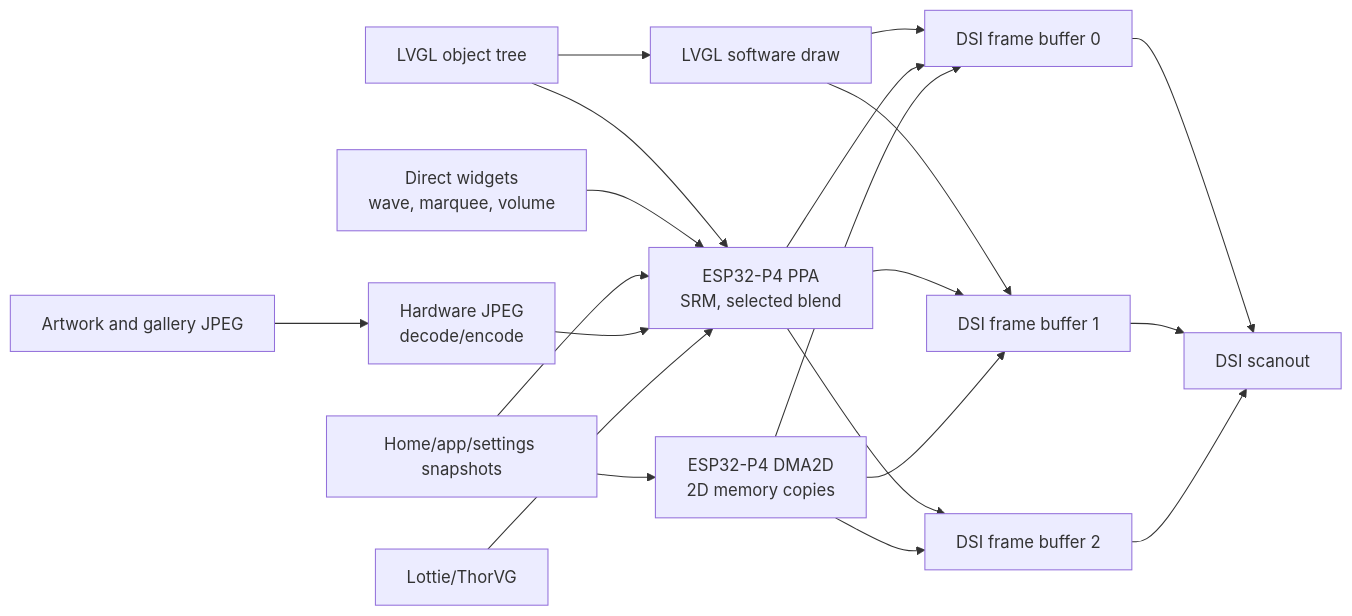
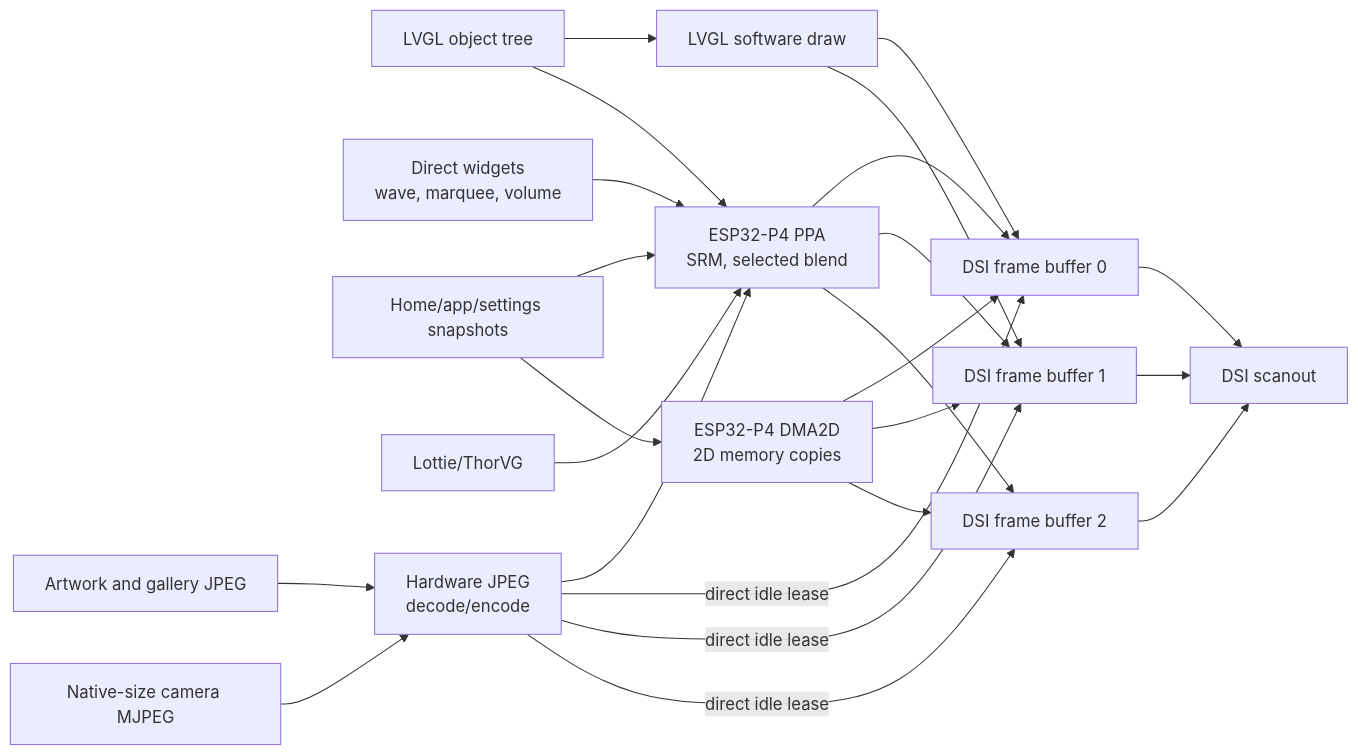
Before and after one commit to kyvaith/Atmosfera-Echo-Hub: the first of 3 diagrams in docs/architecture/graphics.md, drawn with Mermaid. The commit also changed other lines of this file and 12 other files, not shown here.

````diff
--- a/docs/architecture/graphics.md
+++ b/docs/architecture/graphics.md
@@ -31,40 +31,45 @@
 ```mermaid
 flowchart LR
     OBJECTS["LVGL object tree"]
     DIRECT_WIDGET["Direct widgets<br/>wave, marquee, volume"]
     SNAPSHOT["Home/app/settings snapshots"]
     IMAGE["Artwork and gallery JPEG"]
+    CAMERA["Native-size camera MJPEG"]
     LOTTIE["Lottie/ThorVG"]
 
     SW["LVGL software draw"]
     PPA["ESP32-P4 PPA<br/>SRM, selected blend"]
     DMA2D["ESP32-P4 DMA2D<br/>2D memory copies"]
     JPEG["Hardware JPEG<br/>decode/encode"]
 
     FB0["DSI frame buffer 0"]
     FB1["DSI frame buffer 1"]
     FB2["DSI frame buffer 2"]
     SCAN["DSI scanout"]
 
     OBJECTS --> SW
     OBJECTS --> PPA
     DIRECT_WIDGET --> PPA
     SNAPSHOT --> PPA
     SNAPSHOT --> DMA2D
     IMAGE --> JPEG
     JPEG --> PPA
+    CAMERA --> JPEG
+    JPEG -->|"direct idle lease"| FB0
+    JPEG -->|"direct idle lease"| FB1
+    JPEG -->|"direct idle lease"| FB2
     LOTTIE --> PPA
 
     SW --> FB0
     SW --> FB1
     PPA --> FB0
     PPA --> FB1
     PPA --> FB2
     DMA2D --> FB0
     DMA2D --> FB1
     DMA2D --> FB2
 
     FB0 --> SCAN
     FB1 --> SCAN
     FB2 --> SCAN
 ```
````
